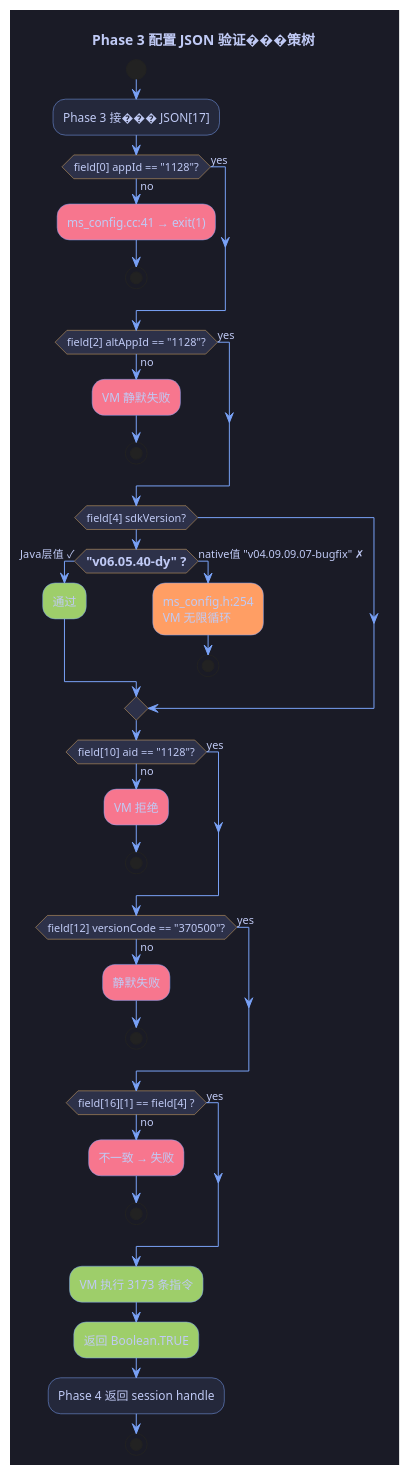
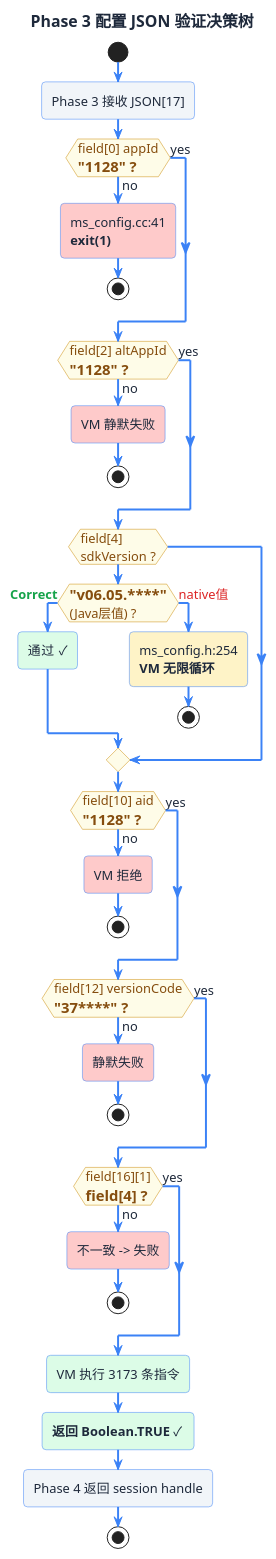
Before and after one commit to overkazaf/blogs: the diagram in static/images/sixgod/config_validation.puml, drawn with PlantUML. The commit also changed 9 other files, not shown here.

First line of the commit message:
Redesign all PlantUML diagrams: white bg, high contrast, unified palette

```diff
--- a/static/images/sixgod/config_validation.puml
+++ b/static/images/sixgod/config_validation.puml
@@ -1,59 +1,68 @@
 @startuml
-skinparam backgroundColor #1a1b26
-skinparam defaultFontColor #c0caf5
-skinparam activityBackgroundColor #24283b
-skinparam activityBorderColor #7aa2f7
-skinparam activityDiamondBackgroundColor #2d3149
-skinparam activityDiamondBorderColor #e0af68
-skinparam arrowColor #7aa2f7
 
-title Phase 3 配置 JSON 验证���策树
+skinparam backgroundColor #FFFFFF
+skinparam defaultFontName "Segoe UI,Helvetica,Arial,sans-serif"
+skinparam defaultFontSize 13
+skinparam defaultFontColor #1e293b
+skinparam shadowing false
+skinparam roundCorner 8
+skinparam activityBackgroundColor #f1f5f9
+skinparam activityBorderColor #3b82f6
+skinparam activityDiamondBackgroundColor #fefce8
+skinparam activityDiamondBorderColor #ca8a04
+skinparam activityDiamondFontColor #854d0e
+skinparam arrowColor #3b82f6
+skinparam arrowThickness 2
+
+
+title <font size=16><b>Phase 3 配置 JSON 验证决策树</b></font>
 
 start
-:Phase 3 接��� JSON[17];
 
-if (field[0] appId == "1128"?) then (yes)
+:Phase 3 接收 JSON[17];
+
+if (field[0] appId\n== "1128" ?) then (yes)
 else (no)
-  #f7768e:ms_config.cc:41 → exit(1);
+  #fecaca:ms_config.cc:41\n**exit(1)**;
   stop
 endif
 
-if (field[2] altAppId == "1128"?) then (yes)
+if (field[2] altAppId\n== "1128" ?) then (yes)
 else (no)
-  #f7768e:VM 静默失败;
+  #fecaca:VM 静默失败;
   stop
 endif
 
-if (field[4] sdkVersion?) then
-  if (== "v06.05.40-dy" ?) then (Java层值 ✓)
-    #9ece6a:通过;
-  else (native值 "v04.09.09.07-bugfix" ✗)
-    #ff9e64:ms_config.h:254\nVM 无限循环;
+if (field[4]\nsdkVersion ?) then
+  if (== "v06.05.****"\n(Java层值) ?) then (<font color=#16a34a><b>Correct</b></font>)
+    #dcfce7:通过 ✓;
+  else (<font color=#dc2626>native值</font>)
+    #fef3c7:ms_config.h:254\n**VM 无限循环**;
     stop
   endif
 endif
 
-if (field[10] aid == "1128"?) then (yes)
+if (field[10] aid\n== "1128" ?) then (yes)
 else (no)
-  #f7768e:VM 拒绝;
+  #fecaca:VM 拒绝;
   stop
 endif
 
-if (field[12] versionCode == "370500"?) then (yes)
+if (field[12] versionCode\n== "37****" ?) then (yes)
 else (no)
-  #f7768e:静默失败;
+  #fecaca:静默失败;
   stop
 endif
 
-if (field[16][1] == field[4] ?) then (yes)
+if (field[16][1]\n== field[4] ?) then (yes)
 else (no)
-  #f7768e:不一致 → 失败;
+  #fecaca:不一致 -> 失败;
   stop
 endif
 
-#9ece6a:VM 执行 3173 条指令;
-#9ece6a:返回 Boolean.TRUE;
+#dcfce7:VM 执行 3173 条指令;
+#dcfce7:**返回 Boolean.TRUE** ✓;
 :Phase 4 返回 session handle;
 stop
 
 @enduml
```
